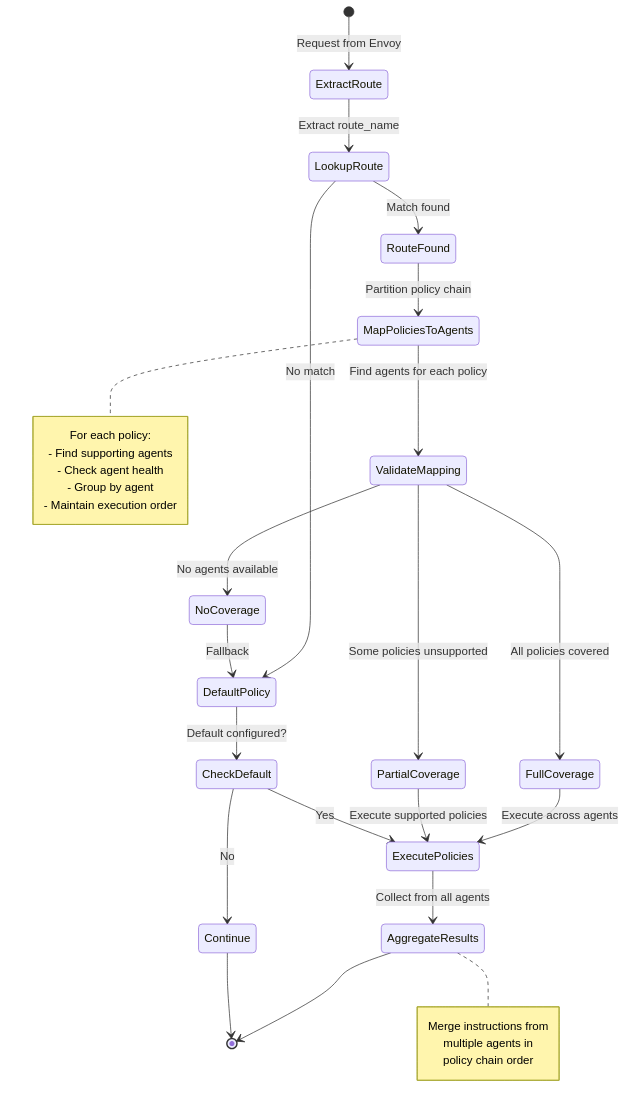
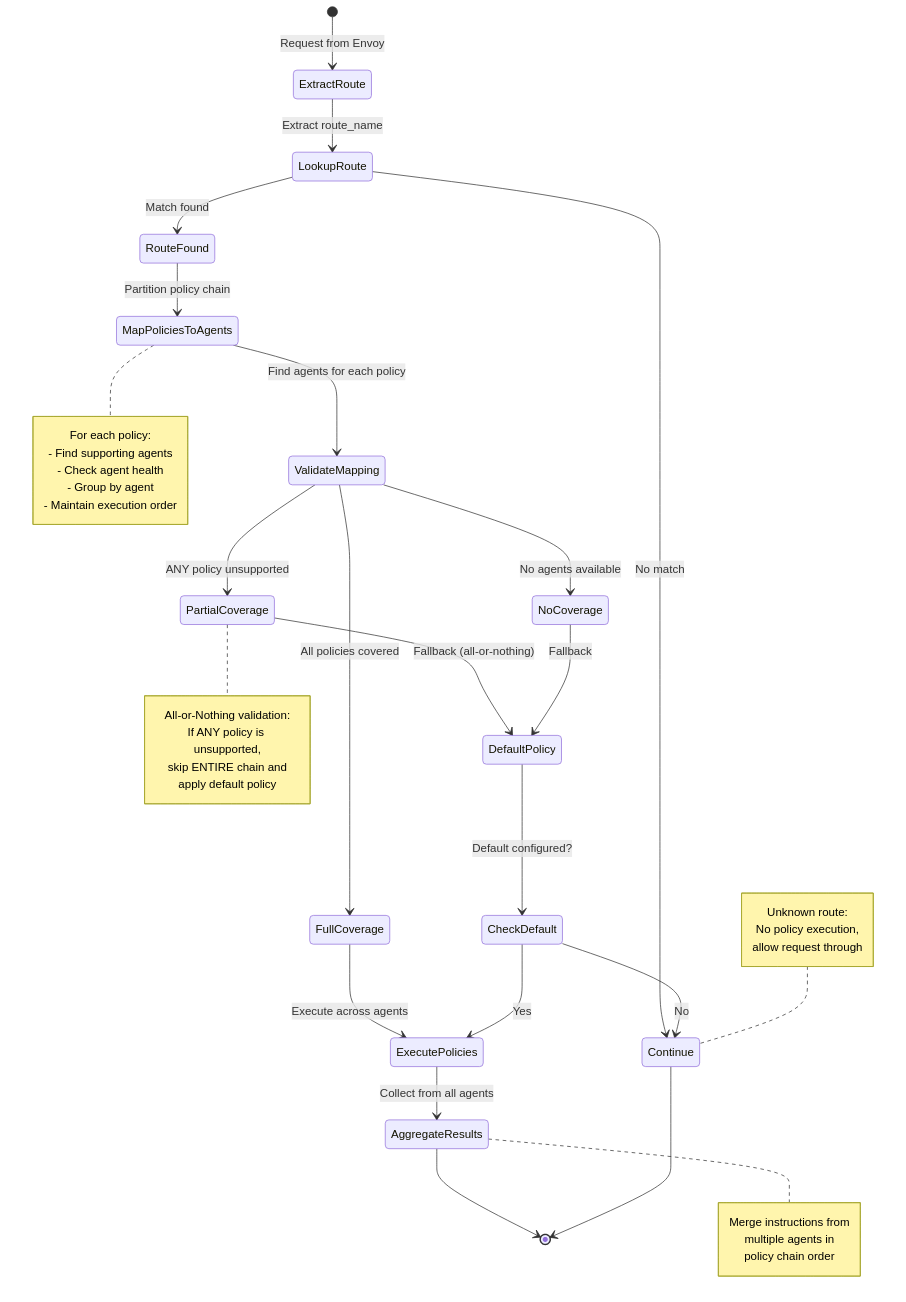
One commit to renuka-fernando/envoy-policy-engine changed the third of 6 diagrams in policy-kernel/SPEC.md. Above: the diagram before and after it, drawn with Mermaid. The commit also changed other lines of this file, not shown here.

Commit message:
Update spec: if no route found, CONTINUE

````diff
--- a/policy-kernel/SPEC.md
+++ b/policy-kernel/SPEC.md
@@ -241,42 +253,55 @@
 ```mermaid
 stateDiagram-v2
     [*] --> ExtractRoute: Request from Envoy
     ExtractRoute --> LookupRoute: Extract route_name
 
     LookupRoute --> RouteFound: Match found
-    LookupRoute --> DefaultPolicy: No match
+    LookupRoute --> Continue: No match
 
     RouteFound --> MapPoliciesToAgents: Partition policy chain
     MapPoliciesToAgents --> ValidateMapping: Find agents for each policy
 
     ValidateMapping --> FullCoverage: All policies covered
-    ValidateMapping --> PartialCoverage: Some policies unsupported
+    ValidateMapping --> PartialCoverage: ANY policy unsupported
     ValidateMapping --> NoCoverage: No agents available
 
     FullCoverage --> ExecutePolicies: Execute across agents
-    PartialCoverage --> ExecutePolicies: Execute supported policies
+    PartialCoverage --> DefaultPolicy: Fallback (all-or-nothing)
     NoCoverage --> DefaultPolicy: Fallback
 
     DefaultPolicy --> CheckDefault: Default configured?
 
     CheckDefault --> ExecutePolicies: Yes
     CheckDefault --> Continue: No
 
     ExecutePolicies --> AggregateResults: Collect from all agents
     AggregateResults --> [*]
     Continue --> [*]
 
     note right of MapPoliciesToAgents
         For each policy:
         - Find supporting agents
         - Check agent health
         - Group by agent
         - Maintain execution order
     end note
 
+    note left of Continue
+        Unknown route:
+        No policy execution,
+        allow request through
+    end note
+
+    note right of PartialCoverage
+        All-or-Nothing validation:
+        If ANY policy is unsupported,
+        skip ENTIRE chain and
+        apply default policy
+    end note
+
     note right of AggregateResults
         Merge instructions from
         multiple agents in
         policy chain order
     end note
 ```
````
